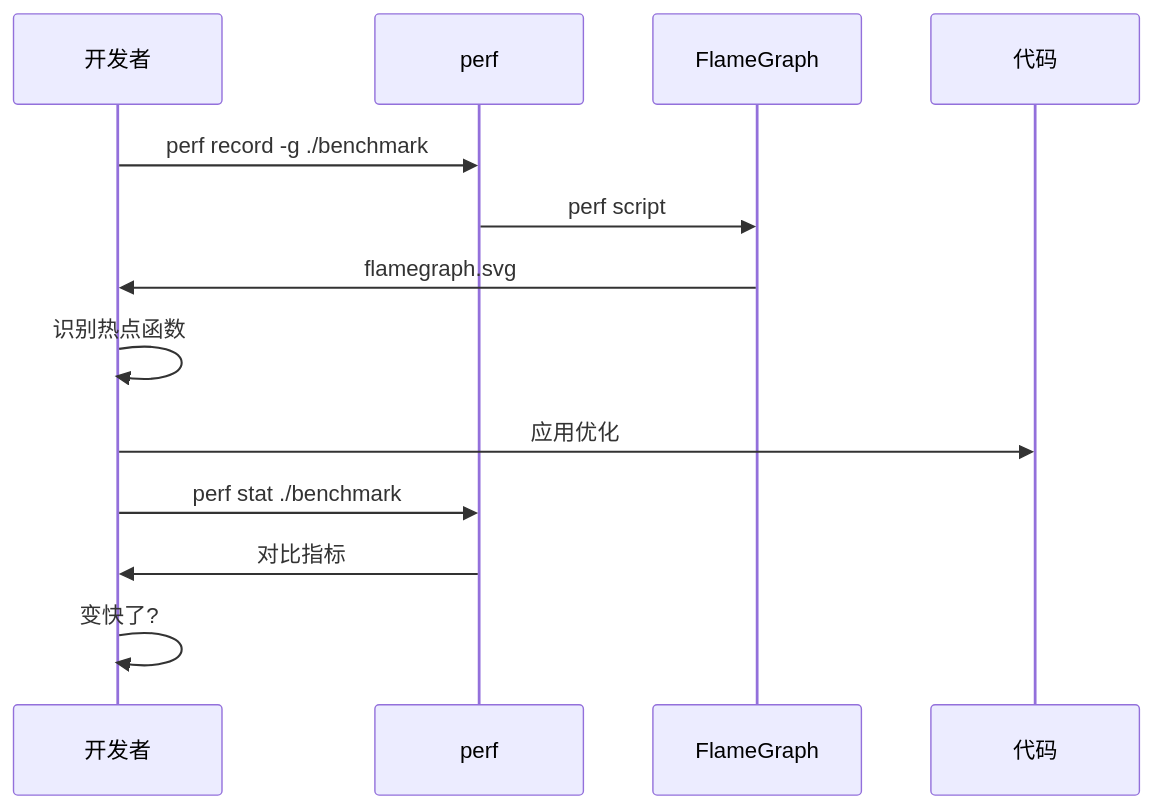
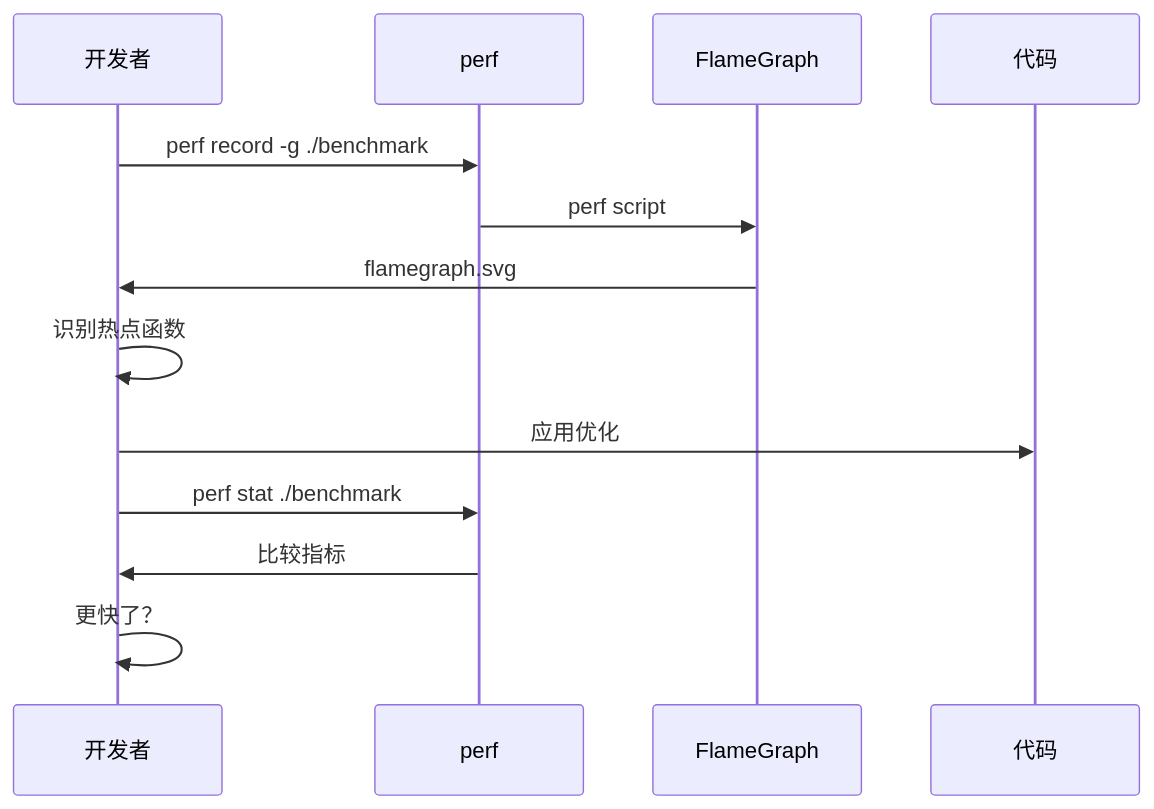
The fifth of 5 diagrams in docs/zh/guides/optimization-decision-tree.md (LessUp/cpp-high-performance-guide), drawn with Mermaid before and after one commit. The commit also changed other lines of this file and 21 other files, not shown here.

````diff
--- a/docs/zh/guides/optimization-decision-tree.md
+++ b/docs/zh/guides/optimization-decision-tree.md
@@ -223,16 +220,16 @@
 ```mermaid
 sequenceDiagram
     participant Dev as 开发者
     participant Perf as perf
     participant FG as FlameGraph
     participant Code as 代码
-    
+
     Dev->>Perf: perf record -g ./benchmark
     Perf->>FG: perf script
     FG->>Dev: flamegraph.svg
     Dev->>Dev: 识别热点函数
     Dev->>Code: 应用优化
     Dev->>Perf: perf stat ./benchmark
-    Perf->>Dev: 对比指标
-    Dev->>Dev: 变快了?
+    Perf->>Dev: 比较指标
+    Dev->>Dev: 更快了？
 ```
````
